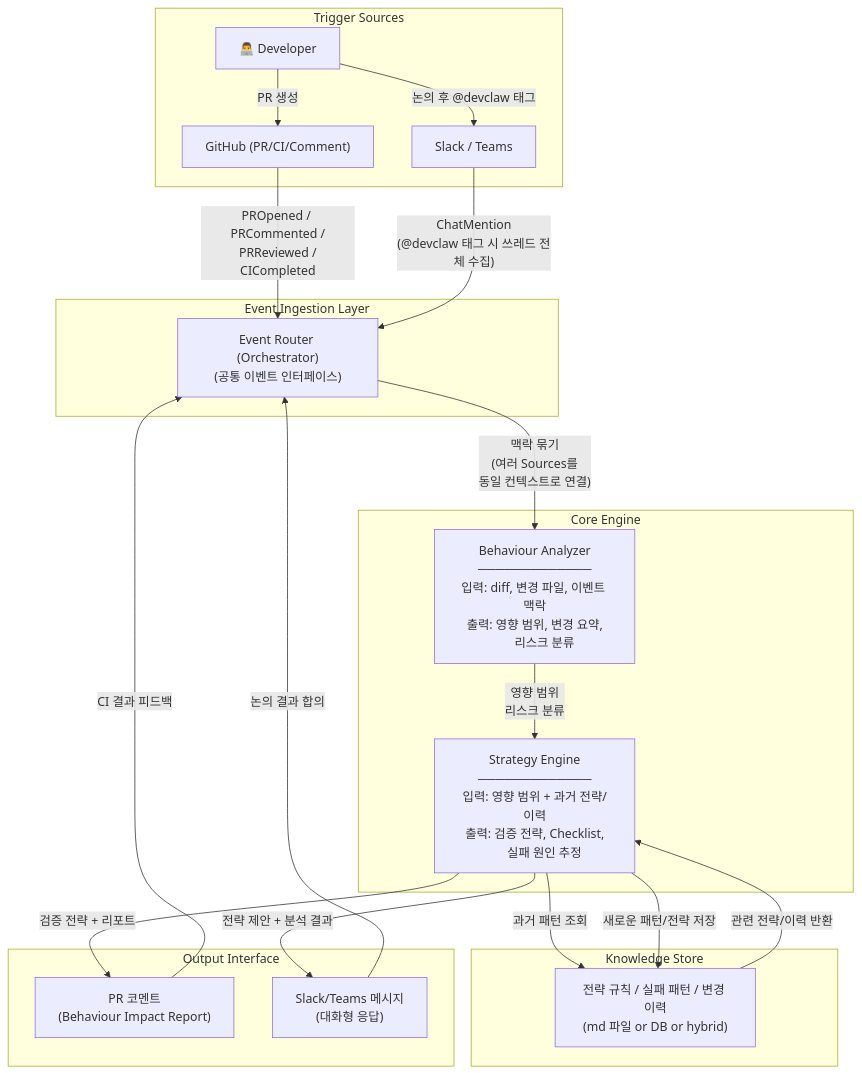
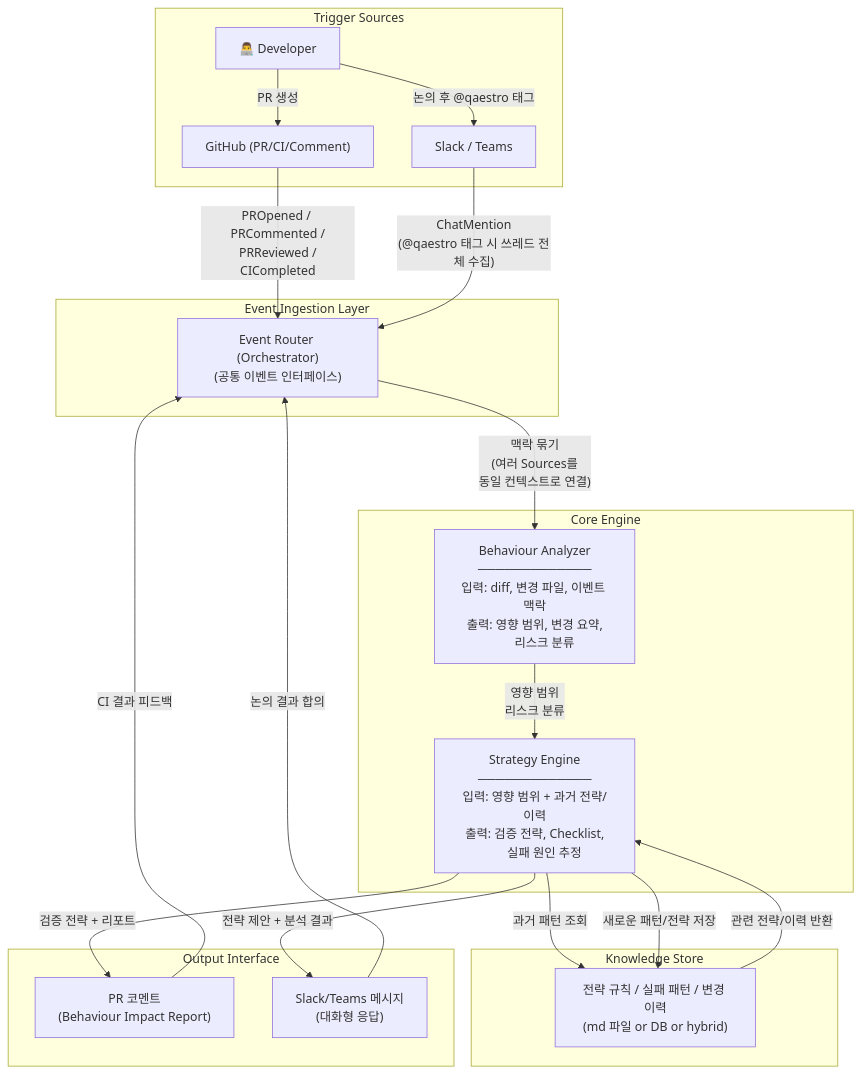
One commit to Kimcheolhui/qaestro changed the diagram in docs/ARCHITECTURE.md. Above: the diagram before and after it, drawn with Mermaid. The commit also changed other lines of this file and 151 other files, not shown here.

First line of the commit message:
chore: rename devclaw → qaestro & remove .squad (#30)

````diff
--- a/docs/ARCHITECTURE.md
+++ b/docs/ARCHITECTURE.md
@@ -9,46 +9,46 @@
 ```mermaid
 flowchart TB
     subgraph Trigger Sources
         DEV["👨‍💻 Developer"]
         GH["GitHub (PR/CI/Comment)"]
         CHAT["Slack / Teams"]
     end
 
     subgraph Event Ingestion Layer
         EI["Event Router (Orchestrator)<br/>(공통 이벤트 인터페이스)"]
     end
 
     subgraph Core Engine
         BA["Behaviour Analyzer<br/>─────────────<br/>입력: diff, 변경 파일, 이벤트 맥락<br/>출력: 영향 범위, 변경 요약,<br/>      리스크 분류"]
         SE["Strategy Engine<br/>─────────────<br/>입력: 영향 범위 + 과거 전략/이력<br/>출력: 검증 전략, Checklist,<br/>      실패 원인 추정"]
     end
 
     subgraph Knowledge Store
         KS["전략 규칙 / 실패 패턴 / 변경 이력<br/>(md 파일 or DB or hybrid)"]
     end
 
     subgraph Output Interface
         PR_OUT["PR 코멘트<br/>(Behaviour Impact Report)"]
         CHAT_OUT["Slack/Teams 메시지<br/>(대화형 응답)"]
     end
 
-    DEV -->|"논의 후 @devclaw 태그"| CHAT
+    DEV -->|"논의 후 @qaestro 태그"| CHAT
     DEV -->|"PR 생성"| GH
 
     GH -->|"PROpened / PRCommented /<br/> PRReviewed / CICompleted"| EI
-    CHAT -->|"ChatMention<br/>(@devclaw 태그 시 쓰레드 전체 수집)"| EI
+    CHAT -->|"ChatMention<br/>(@qaestro 태그 시 쓰레드 전체 수집)"| EI
 
     EI -->|"맥락 묶기<br/>(여러 Sources를 <br/>동일 컨텍스트로 연결)"| BA
 
     BA -->|"영향 범위<br/>리스크 분류"| SE
     SE -->|"과거 패턴 조회"| KS
     KS -->|"관련 전략/이력 반환"| SE
 
     SE -->|"검증 전략 + 리포트"| PR_OUT
     SE -->|"전략 제안 + 분석 결과"| CHAT_OUT
 
     PR_OUT -->|"CI 결과 피드백"| EI
     CHAT_OUT -->|"논의 결과 합의"| EI
 
     SE -->|"새로운 패턴/전략 저장"| KS
 ```
````
